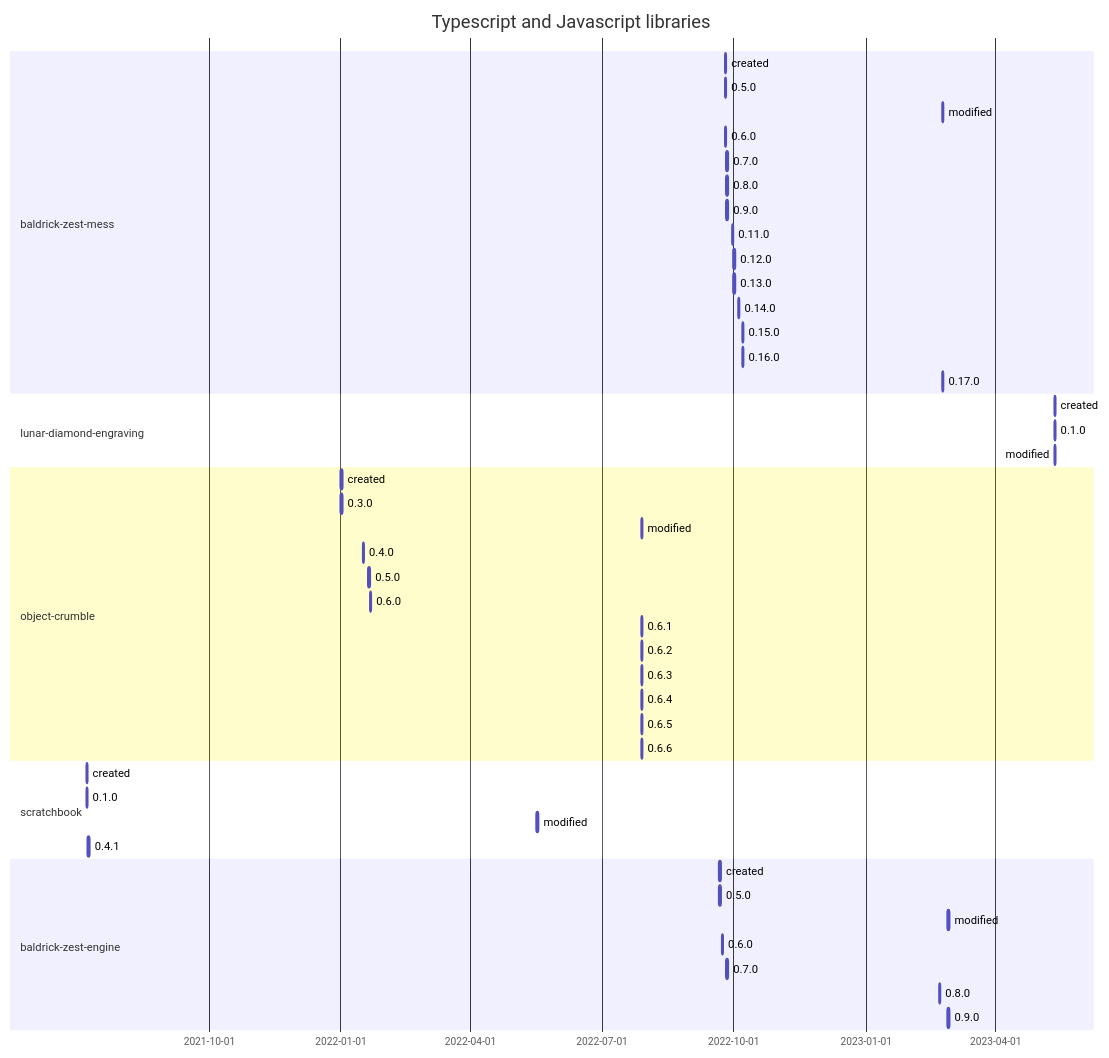
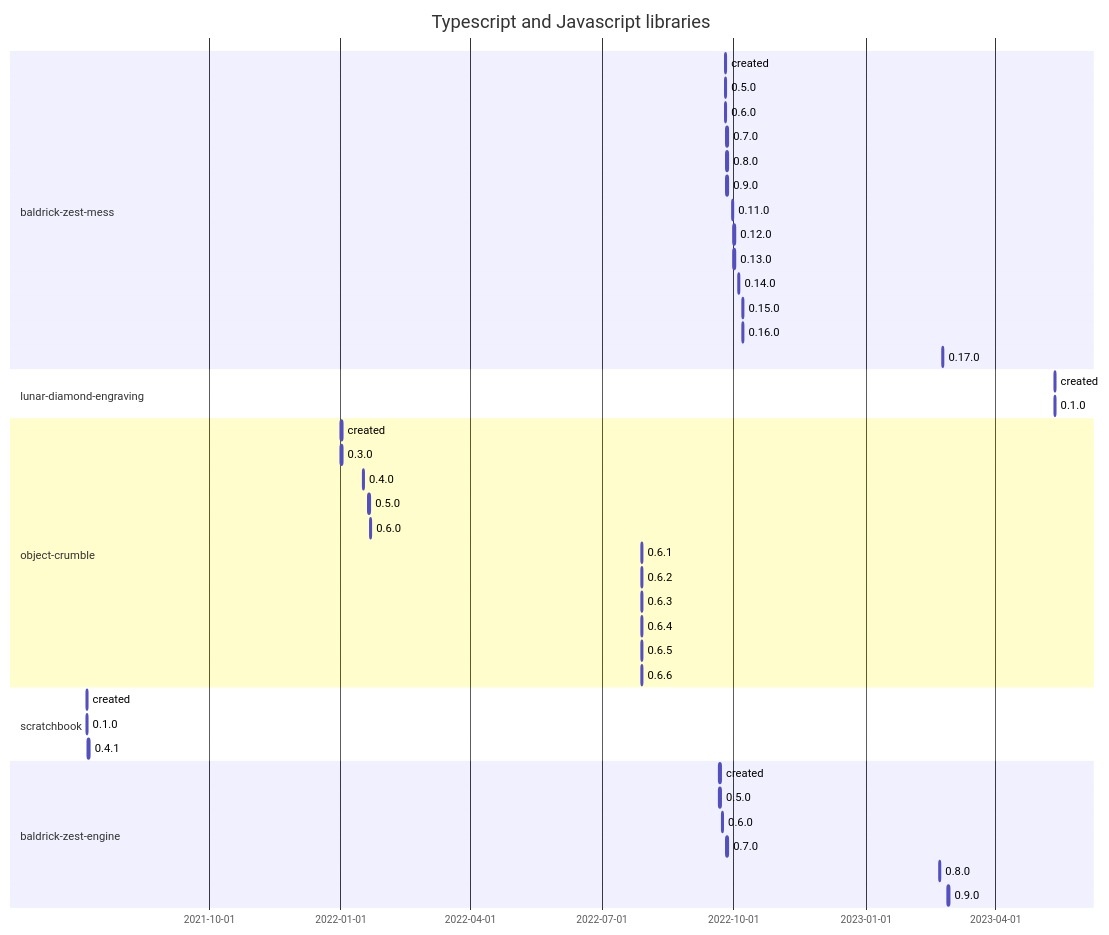
One commit to flarebyte/overview changed the first of 4 diagrams in SOFTWARE-TIMELINE.md. Above: the diagram before and after it, drawn with Mermaid. The commit also changed other lines of this file and 1 other file, not shown here.

````diff
--- a/SOFTWARE-TIMELINE.md
+++ b/SOFTWARE-TIMELINE.md
@@ -8,60 +8,55 @@
 ```mermaid
 gantt
     title Typescript and Javascript libraries
     dateFormat  YYYY-MM-DD
 
     section baldrick-zest-mess
     created:, 2022-09-25, 1d
     0.5.0:, 2022-09-25, 1d
-    modified:, 2023-02-23, 1d
     0.6.0:, 2022-09-25, 1d
     0.7.0:, 2022-09-26, 1d
     0.8.0:, 2022-09-26, 1d
     0.9.0:, 2022-09-26, 1d
     0.11.0:, 2022-09-30, 1d
     0.12.0:, 2022-10-01, 1d
     0.13.0:, 2022-10-01, 1d
     0.14.0:, 2022-10-04, 1d
     0.15.0:, 2022-10-07, 1d
     0.16.0:, 2022-10-07, 1d
     0.17.0:, 2023-02-23, 1d
 
 
     section lunar-diamond-engraving
     created:, 2023-05-12, 1d
     0.1.0:, 2023-05-12, 1d
-    modified:, 2023-05-12, 1d
 
 
     section object-crumble
     created:, 2022-01-01, 1d
     0.3.0:, 2022-01-01, 1d
-    modified:, 2022-07-29, 1d
     0.4.0:, 2022-01-16, 1d
     0.5.0:, 2022-01-20, 1d
     0.6.0:, 2022-01-21, 1d
     0.6.1:, 2022-07-29, 1d
     0.6.2:, 2022-07-29, 1d
     0.6.3:, 2022-07-29, 1d
     0.6.4:, 2022-07-29, 1d
     0.6.5:, 2022-07-29, 1d
     0.6.6:, 2022-07-29, 1d
 
 
     section scratchbook
     created:, 2021-07-08, 1d
     0.1.0:, 2021-07-08, 1d
-    modified:, 2022-05-17, 1d
     0.4.1:, 2021-07-09, 1d
 
 
     section baldrick-zest-engine
     created:, 2022-09-21, 1d
     0.5.0:, 2022-09-21, 1d
-    modified:, 2023-02-27, 1d
     0.6.0:, 2022-09-23, 1d
     0.7.0:, 2022-09-26, 1d
     0.8.0:, 2023-02-21, 1d
     0.9.0:, 2023-02-27, 1d
 
 ```
````
